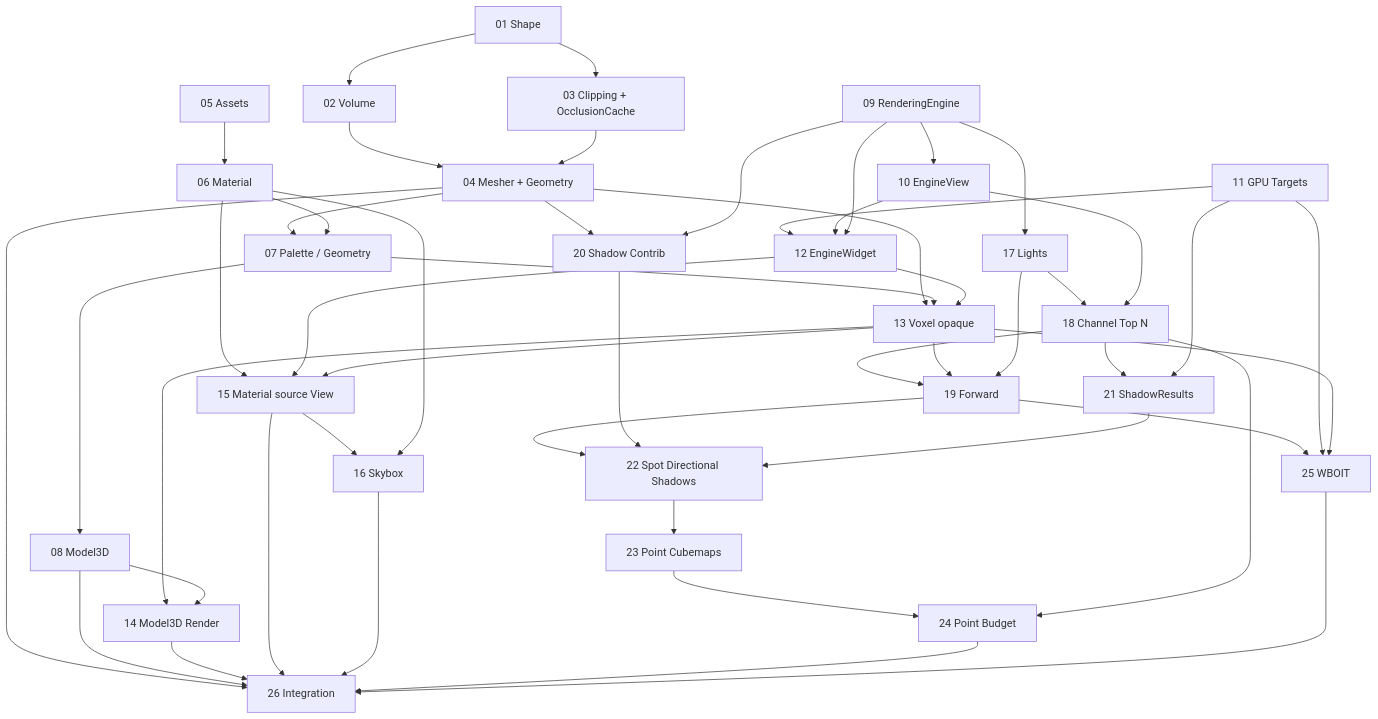
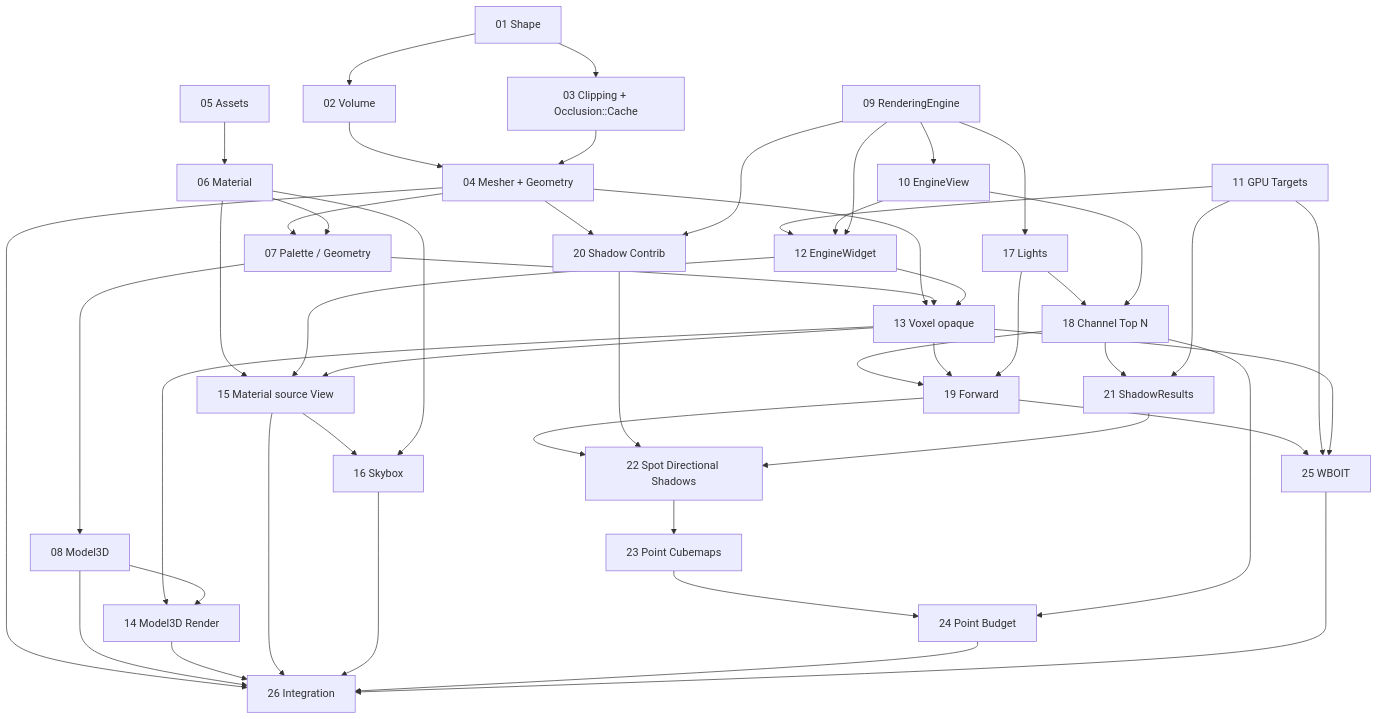
Before and after one commit to EreliaStudio/Sparkle: the diagram in docs/voxel-engine-v0.1.4/implementation/DEPENDENCIES.md, drawn with Mermaid. The commit also changed other lines of this file and 7 other files, not shown here.

Commit message:
docs: archive intermediate PR08 designs and finalize PR roadmap references

````diff
--- a/docs/voxel-engine-v0.1.4/implementation/DEPENDENCIES.md
+++ b/docs/voxel-engine-v0.1.4/implementation/DEPENDENCIES.md
@@ -7,46 +7,46 @@
 ```mermaid
 flowchart TD
   P01["01 Shape"] --> P02["02 Volume"]
-  P01 --> P03["03 Clipping + OcclusionCache"]
+  P01 --> P03["03 Clipping + Occlusion::Cache"]
   P02 --> P04["04 Mesher + Geometry"]
   P03 --> P04
   P05["05 Assets"] --> P06["06 Material"]
   P04 --> P07["07 Palette / Geometry"]
   P06 --> P07 --> P08["08 Model3D"]
   P09["09 RenderingEngine"] --> P10["10 EngineView"]
   P11["11 GPU Targets"] --> P12["12 EngineWidget"]
   P10 --> P12
   P09 --> P12
   P04 --> P13["13 Voxel opaque"]
   P07 --> P13
   P12 --> P13 --> P14["14 Model3D Render"]
   P08 --> P14
   P06 --> P15["15 Material source View"]
   P12 --> P15
   P13 --> P15 --> P16["16 Skybox"]
   P06 --> P16
   P09 --> P17["17 Lights"]
   P17 --> P18["18 Channel Top N"]
   P10 --> P18
   P18 --> P19["19 Forward"]
   P13 --> P19
   P17 --> P19
   P04 --> P20["20 Shadow Contrib"]
   P09 --> P20
   P18 --> P21["21 ShadowResults"]
   P11 --> P21
   P19 --> P22["22 Spot Directional Shadows"]
   P20 --> P22
   P21 --> P22 --> P23["23 Point Cubemaps"] --> P24["24 Point Budget"]
   P18 --> P24
   P19 --> P25["25 WBOIT"]
   P11 --> P25
   P13 --> P25
   P04 --> P26["26 Integration"]
   P08 --> P26
   P14 --> P26
   P15 --> P26
   P16 --> P26
   P24 --> P26
   P25 --> P26
 ```
````
